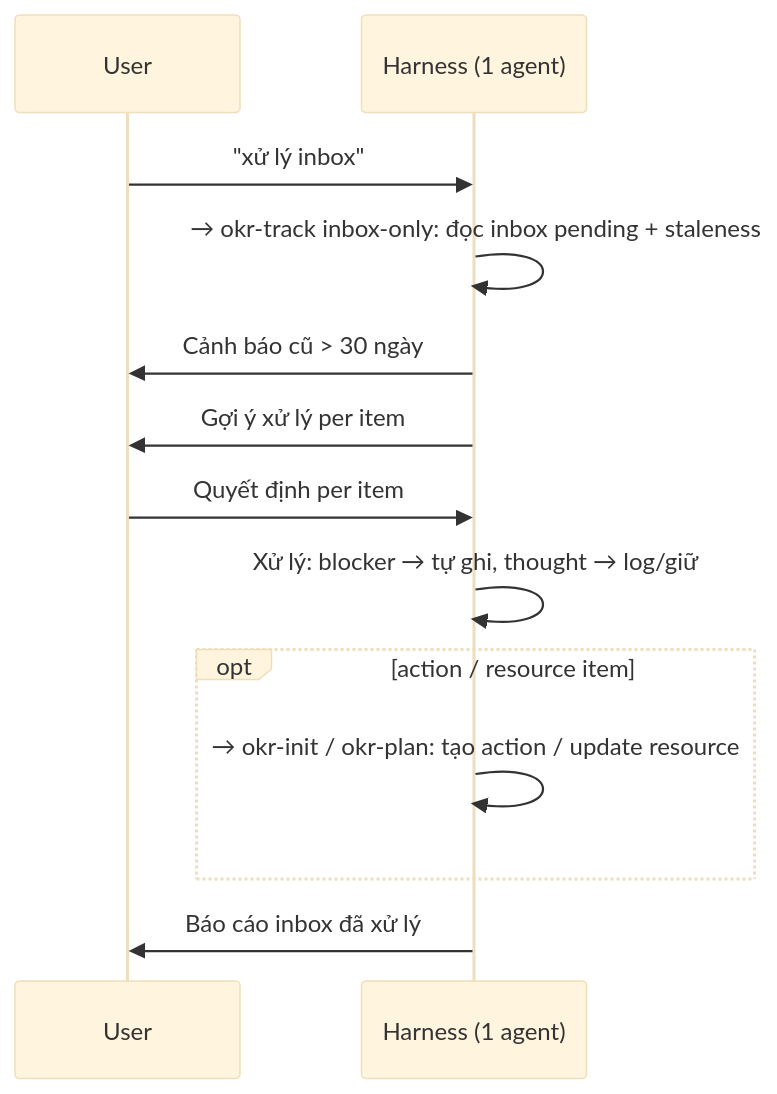
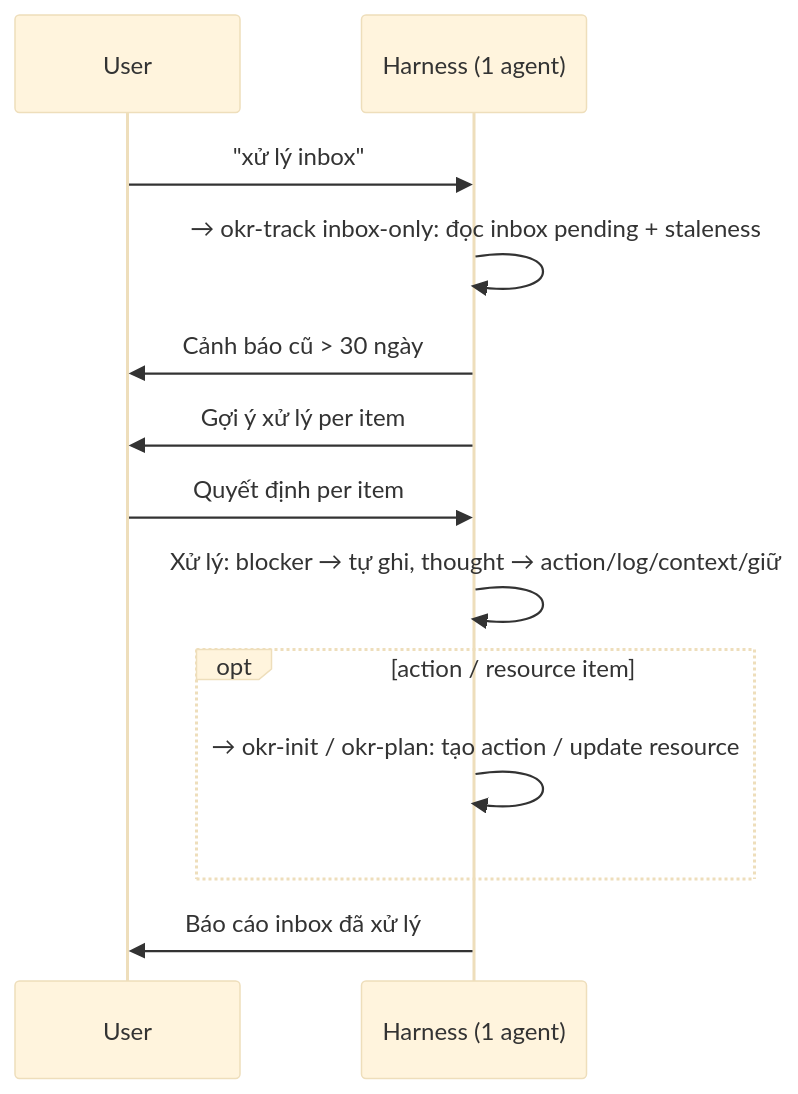
The sixth of 7 diagrams in skills/okr-harness/references/flows.md (hoangvantuan/objective-kit), drawn with Mermaid (base theme) before and after one commit. The commit also changed other lines of this file and 1 other file, not shown here.

Commit message:
feat(okr-harness): preload Phase 1 them ls + conditional context/index (Dot 15)

````diff
--- a/skills/okr-harness/references/flows.md
+++ b/skills/okr-harness/references/flows.md
@@ -104,16 +104,16 @@
 ```mermaid
 sequenceDiagram
     participant U as User
     participant H as Harness (1 agent)
 
     U->>H: "xử lý inbox"
     H->>H: → okr-track inbox-only: đọc inbox pending + staleness
     H->>U: Cảnh báo cũ > 30 ngày
     H->>U: Gợi ý xử lý per item
     U->>H: Quyết định per item
-    H->>H: Xử lý: blocker → tự ghi, thought → log/giữ
+    H->>H: Xử lý: blocker → tự ghi, thought → action/log/context/giữ
     opt action / resource item
         H->>H: → okr-init / okr-plan: tạo action / update resource
     end
     H->>U: Báo cáo inbox đã xử lý
 ```
````
